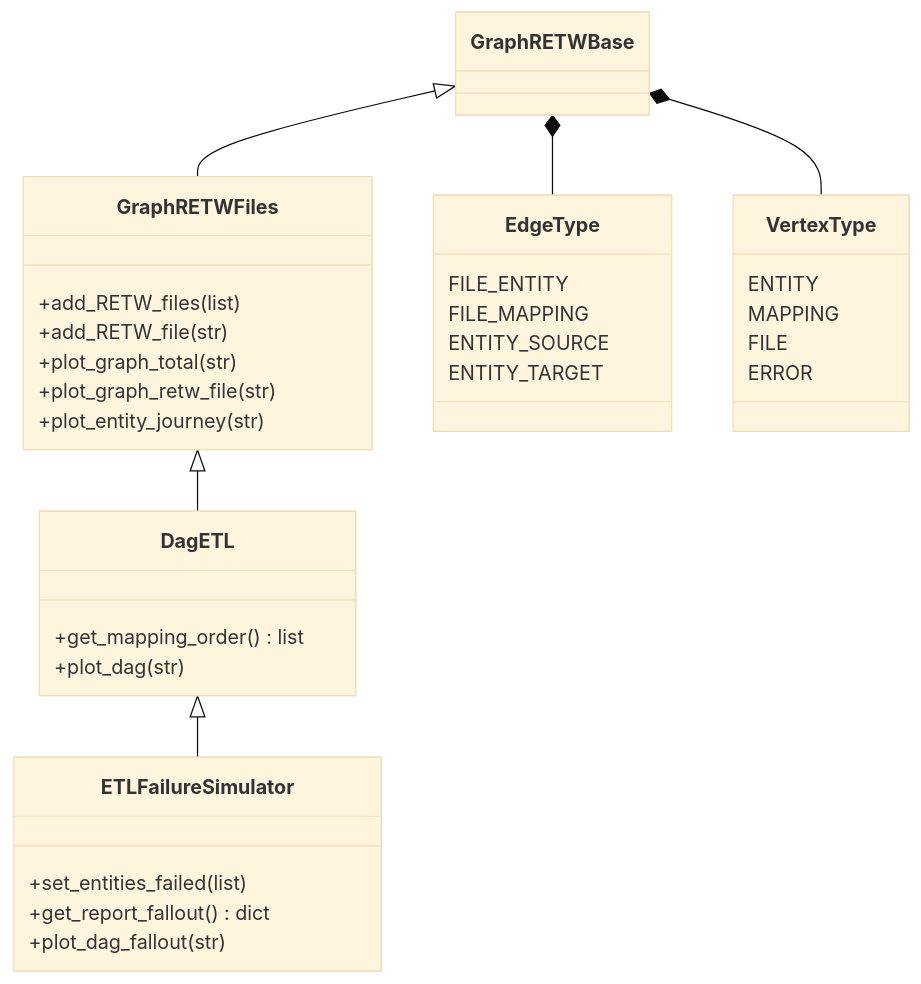
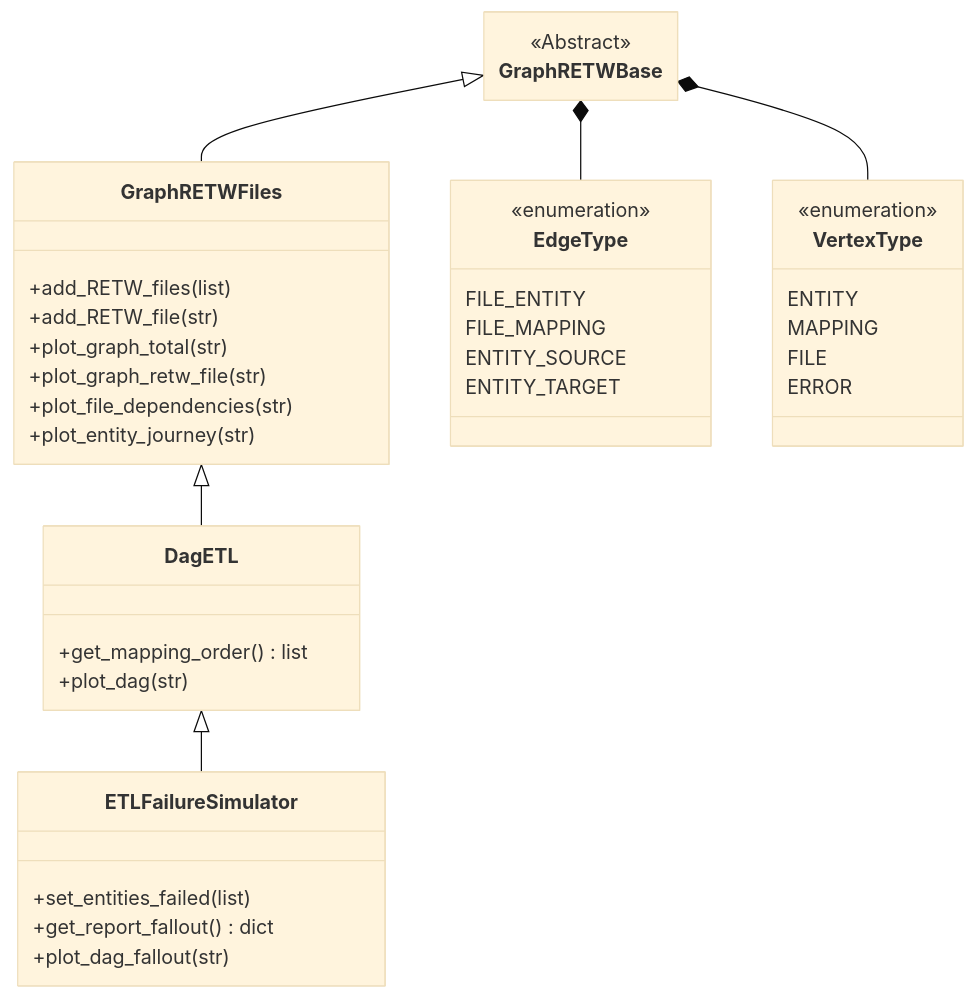
The third of 3 diagrams in README.md (mark-me/mapping-dependencies), drawn with Mermaid (base theme) before and after one commit. The commit also changed other lines of this file and 1 other file, not shown here.

````diff
--- a/README.md
+++ b/README.md
@@ -109,37 +126,48 @@
 ```mermaid
+---
+  config:
+    class:
+      hideEmptyMembersBox: true
+---
 classDiagram
   GraphRETWBase <|-- GraphRETWFiles
   GraphRETWFiles <|-- DagETL
   DagETL <|-- ETLFailureSimulator
   GraphRETWBase *-- EdgeType
   GraphRETWBase *-- VertexType
 
   class VertexType{
+    <<enumeration>>
     ENTITY
     MAPPING
     FILE
     ERROR
   }
   class EdgeType{
+    <<enumeration>>
     FILE_ENTITY
     FILE_MAPPING
     ENTITY_SOURCE
     ENTITY_TARGET
+  }
+  class GraphRETWBase{
+    <<Abstract>>
   }
   class GraphRETWFiles{
     +add_RETW_files(list)
     +add_RETW_file(str)
     +plot_graph_total(str)
     +plot_graph_retw_file(str)
+    +plot_file_dependencies(str)
     +plot_entity_journey(str)
   }
   class DagETL{
     +get_mapping_order() list
     +plot_dag(str)
   }
   class ETLFailureSimulator{
     +set_entities_failed(list)
     +get_report_fallout() dict
     +plot_dag_fallout(str)
   }
 ```
````
